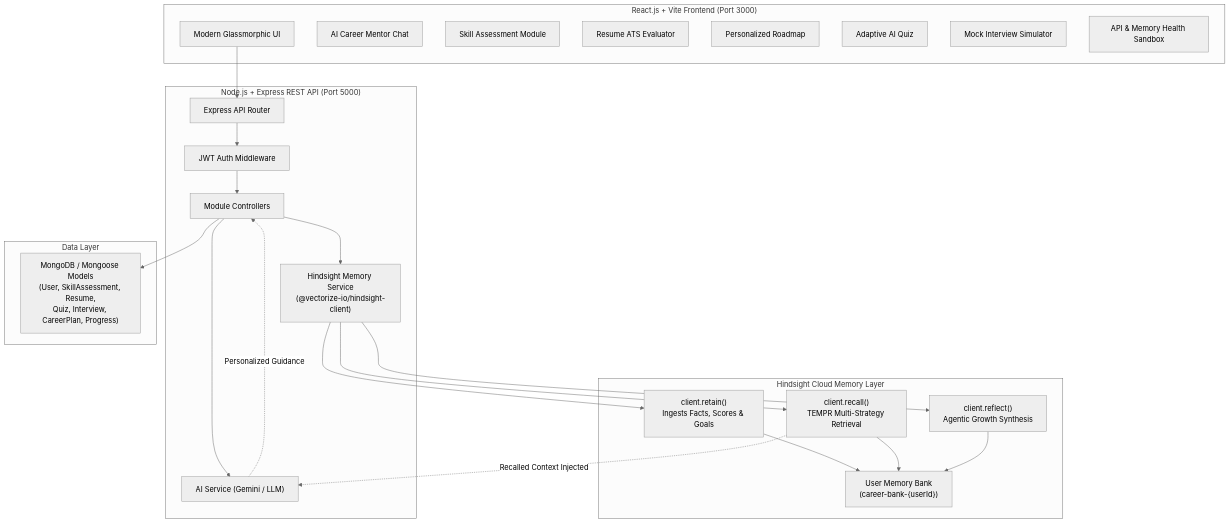
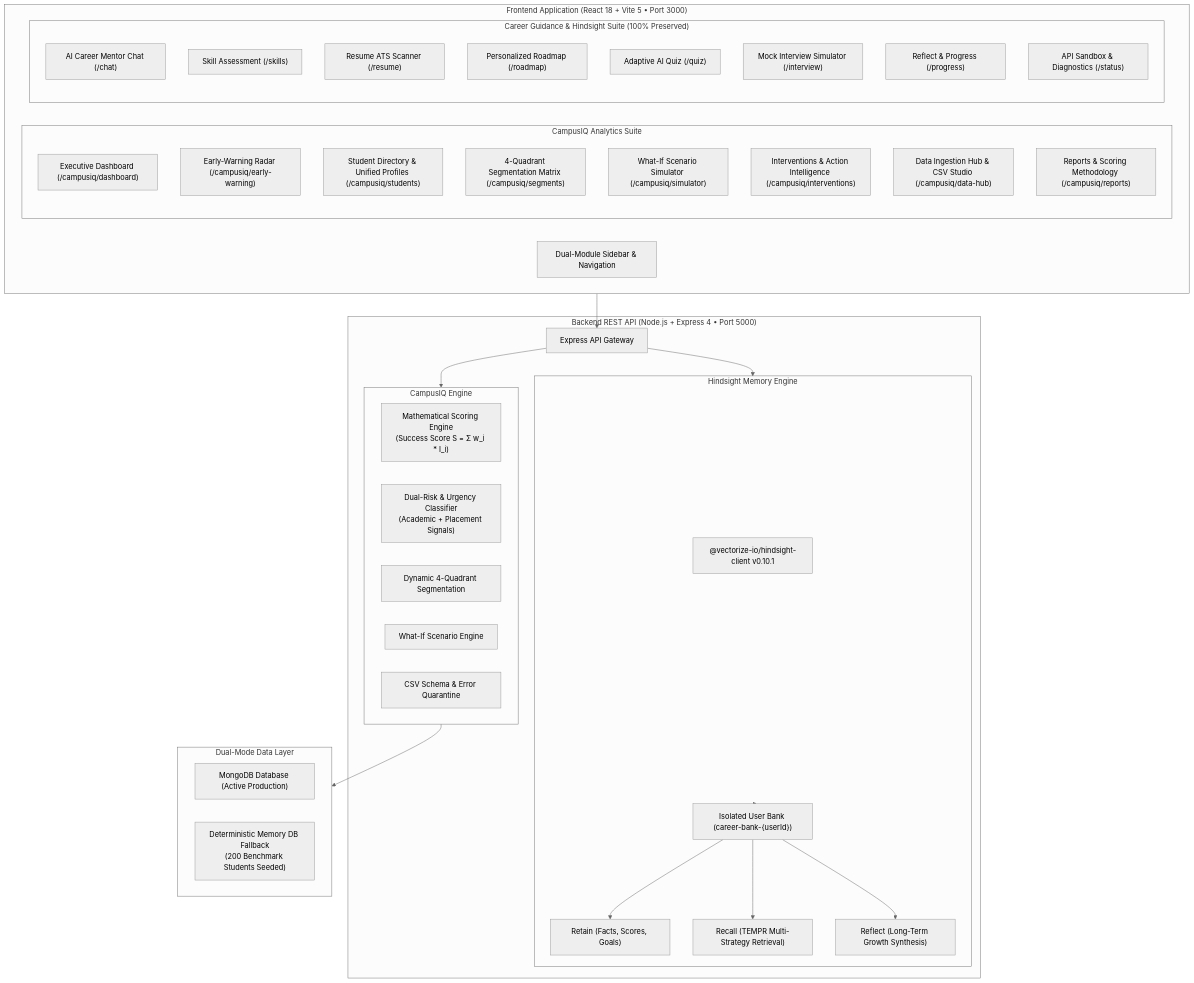
Before and after one commit to gayathripusapati74-eng/-Career-Guidance-AI-hindsight: the diagram in README.md, drawn with Mermaid (neutral theme). The commit also changed other lines of this file and 23 other files, not shown here.

Commit message:
feat(campusiq): integrate CampusIQ Smart Campus Analytics platform for KPMG in India hackathon challenge

````diff
--- a/README.md
+++ b/README.md
@@ -17,50 +34,62 @@
 ```mermaid
 flowchart TD
-    subgraph Frontend["React.js + Vite Frontend (Port 3000)"]
-        UI["Modern Glassmorphic UI"]
-        ChatUI["AI Career Mentor Chat"]
-        SkillUI["Skill Assessment Module"]
-        ResumeUI["Resume ATS Evaluator"]
-        RoadmapUI["Personalized Roadmap"]
-        QuizUI["Adaptive AI Quiz"]
-        InterviewUI["Mock Interview Simulator"]
-        StatusUI["API & Memory Health Sandbox"]
+    subgraph Client["Frontend Application (React 18 + Vite 5 • Port 3000)"]
+        Nav["Dual-Module Sidebar & Navigation"]
+        
+        subgraph CampusIQ_UI["CampusIQ Analytics Suite"]
+            OverviewUI["Executive Dashboard (/campusiq/dashboard)"]
+            RadarUI["Early-Warning Radar (/campusiq/early-warning)"]
+            DirUI["Student Directory & Unified Profiles (/campusiq/students)"]
+            MatrixUI["4-Quadrant Segmentation Matrix (/campusiq/segments)"]
+            SimUI["What-If Scenario Simulator (/campusiq/simulator)"]
+            ActionUI["Interventions & Action Intelligence (/campusiq/interventions)"]
+            DataUI["Data Ingestion Hub & CSV Studio (/campusiq/data-hub)"]
+            ReportUI["Reports & Scoring Methodology (/campusiq/reports)"]
+        end
+
+        subgraph Career_UI["Career Guidance & Hindsight Suite (100% Preserved)"]
+            ChatUI["AI Career Mentor Chat (/chat)"]
+            SkillUI["Skill Assessment (/skills)"]
+            ResumeUI["Resume ATS Scanner (/resume)"]
+            RoadmapUI["Personalized Roadmap (/roadmap)"]
+            QuizUI["Adaptive AI Quiz (/quiz)"]
+            InterviewUI["Mock Interview Simulator (/interview)"]
+            ProgressUI["Reflect & Progress (/progress)"]
+            StatusUI["API Sandbox & Diagnostics (/status)"]
+        end
     end
 
-    subgraph Backend["Node.js + Express REST API (Port 5000)"]
-        Router["Express API Router"]
-        AuthMid["JWT Auth Middleware"]
-        Controllers["Module Controllers"]
-        AIService["AI Service (Gemini / LLM)"]
-        HindsightService["Hindsight Memory Service\n(@vectorize-io/hindsight-client)"]
+    subgraph Server["Backend REST API (Node.js + Express 4 • Port 5000)"]
+        APIRouter["Express API Gateway"]
+        
+        subgraph CampusIQ_Core["CampusIQ Engine"]
+            ScoringEngine["Mathematical Scoring Engine\n(Success Score S = Σ w_i * I_i)"]
+            RiskEngine["Dual-Risk & Urgency Classifier\n(Academic + Placement Signals)"]
+            SegmentEngine["Dynamic 4-Quadrant Segmentation"]
+            SimEngine["What-If Scenario Engine"]
+            DataValidation["CSV Schema & Error Quarantine"]
+        end
+
+        subgraph Hindsight_Core["Hindsight Memory Engine"]
+            HindsightSDK["@vectorize-io/hindsight-client v0.10.1"]
+            Bank["Isolated User Bank (career-bank-{userId})"]
+            Retain["Retain (Facts, Scores, Goals)"]
+            Recall["Recall (TEMPR Multi-Strategy Retrieval)"]
+            Reflect["Reflect (Long-Term Growth Synthesis)"]
+        end
     end
 
-    subgraph MemoryLayer["Hindsight Cloud Memory Layer"]
-        Bank["User Memory Bank\n(career-bank-{userId})"]
-        RetainOp["client.retain()\nIngests Facts, Scores & Goals"]
-        RecallOp["client.recall()\nTEMPR Multi-Strategy Retrieval"]
-        ReflectOp["client.reflect()\nAgentic Growth Synthesis"]
+    subgraph Storage["Dual-Mode Data Layer"]
+        MongoDB["MongoDB Database (Active Production)"]
+        MemoryStore["Deterministic Memory DB Fallback\n(200 Benchmark Students Seeded)"]
     end
 
-    subgraph DataStore["Data Layer"]
-        Mongo["MongoDB / Mongoose Models\n(User, SkillAssessment, Resume,\nQuiz, Interview, CareerPlan, Progress)"]
-    end
-
-    UI --> Router
-    Router --> AuthMid
-    AuthMid --> Controllers
-    Controllers --> AIService
-    Controllers --> HindsightService
-    Controllers --> Mongo
-
-    HindsightService --> RetainOp
-    HindsightService --> RecallOp
-    HindsightService --> ReflectOp
-
-    RetainOp --> Bank
-    RecallOp --> Bank
-    ReflectOp --> Bank
-
-    RecallOp -.->|Recalled Context Injected| AIService
-    AIService -.->|Personalized Guidance| Controllers
+    Client --> APIRouter
+    APIRouter --> CampusIQ_Core
+    APIRouter --> Hindsight_Core
+    CampusIQ_Core --> Storage
+    Hindsight_Core --> Bank
+    Bank --> Retain
+    Bank --> Recall
+    Bank --> Reflect
 ```
````
